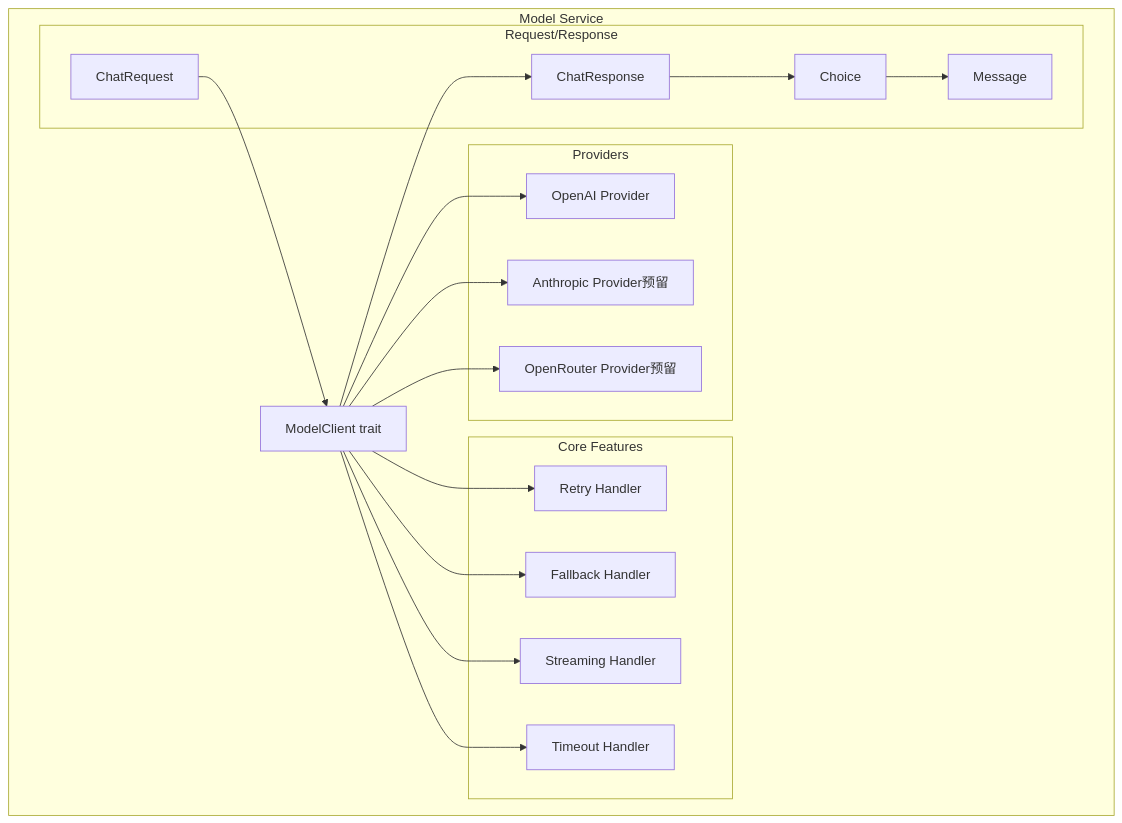
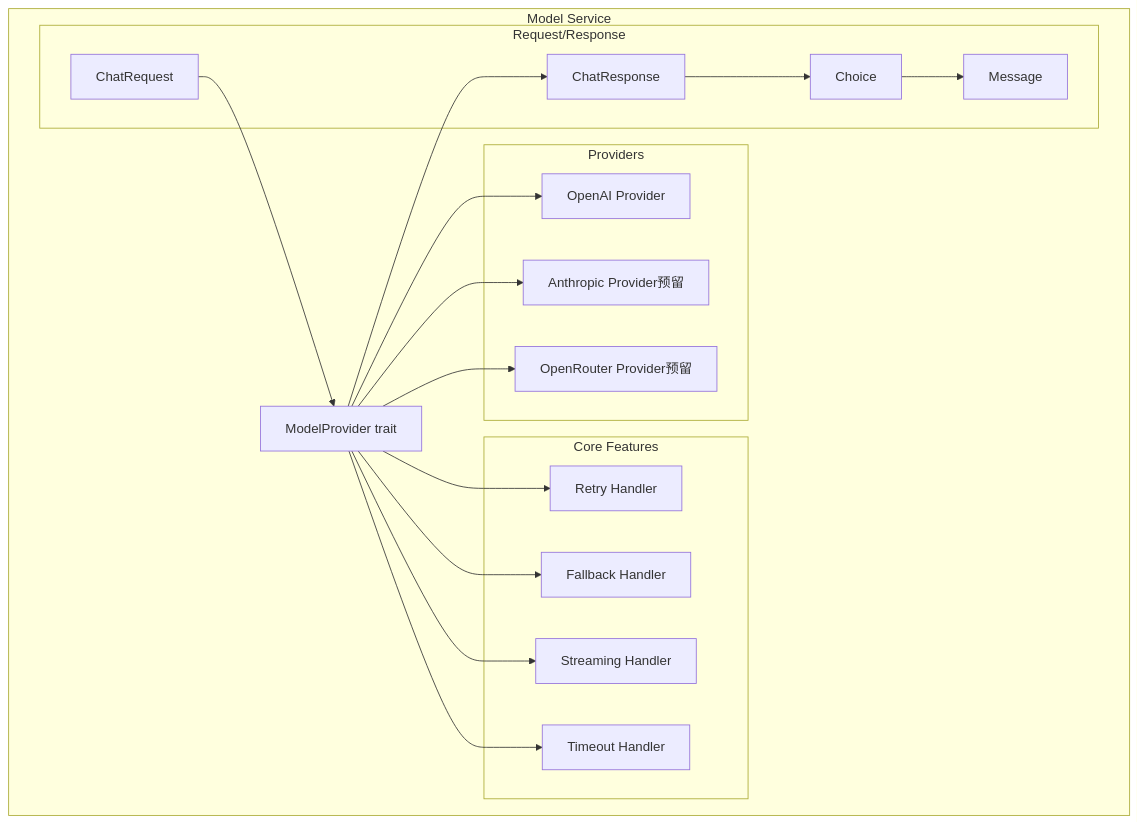
Before and after one commit to MiyakoMeow/neco: the first of 2 diagrams in progress/TECH-MODEL.md, drawn with Mermaid. The commit also changed other lines of this file and 10 other files, not shown here.

````diff
--- a/progress/TECH-MODEL.md
+++ b/progress/TECH-MODEL.md
@@ -13,40 +20,40 @@
 ```mermaid
 graph TB
     subgraph "Model Service"
-        MC[ModelClient trait]
+        MC[ModelProvider trait]
         
         subgraph "Providers"
             OP[OpenAI Provider]
             AP[Anthropic Provider预留]
             ORP[OpenRouter Provider预留]
         end
         
         subgraph "Core Features"
             RT[Retry Handler]
             FB[Fallback Handler]
             ST[Streaming Handler]
             TO[Timeout Handler]
         end
         
         subgraph "Request/Response"
             REQ[ChatRequest]
             RES[ChatResponse]
             CH[Choice]
             MSG[Message]
         end
     end
     
     MC --> OP
     MC --> AP
     MC --> ORP
     
     MC --> RT
     MC --> FB
     MC --> ST
     MC --> TO
     
     REQ --> MC
     MC --> RES
     RES --> CH
     CH --> MSG
 ```
````
